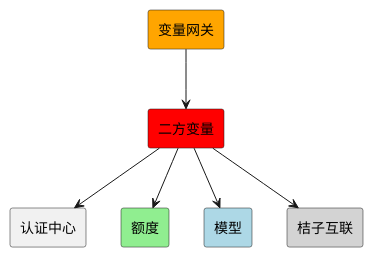
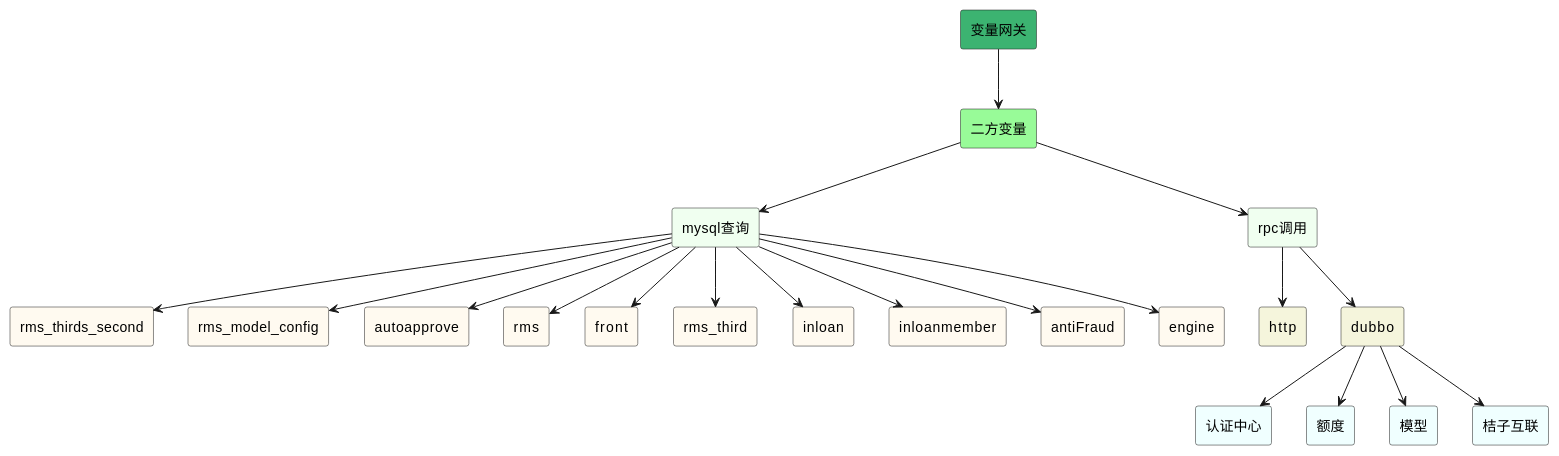
Before and after one commit to beareserve/plantuml: the diagram in file/二方服务调用.puml, drawn with PlantUML. The commit also changed 1 other file, not shown here.

```diff
--- a/file/二方服务调用.puml
+++ b/file/二方服务调用.puml
@@ -1,15 +1,50 @@
 @startuml
 '!define Junction_Or circle #black
 '!define Junction_And circle #whitesmoke
-rectangle 变量网关 #orange
-rectangle 认证中心
-rectangle 额度 #lightgreen
-rectangle 模型 #lightblue
-rectangle 桔子互联 #lightgray
-rectangle 二方变量 #red
-二方变量 -down-> 额度
-二方变量 -down->  认证中心
+rectangle 变量网关 #MediumSeaGreen
+
+rectangle 二方变量 #PaleGreen
+
+rectangle mysql查询 #HoneyDew
+rectangle rms_thirds_second #FloralWhite
+rectangle rms_model_config  #FloralWhite
+rectangle autoapprove       #FloralWhite
+rectangle rms               #FloralWhite
+rectangle front             #FloralWhite
+rectangle rms_third         #FloralWhite
+rectangle inloan            #FloralWhite
+rectangle inloanmember      #FloralWhite
+rectangle antiFraud         #FloralWhite
+rectangle engine            #FloralWhite
+
+rectangle rpc调用 #HoneyDew
+
+rectangle http #Beige
+
+rectangle dubbo #Beige
+rectangle 认证中心 #Azure
+rectangle 额度 #Azure
+rectangle 模型 #Azure
+rectangle 桔子互联 #Azure
+
+
 变量网关 -down-> 二方变量
-二方变量 -down-> 模型
-二方变量 -down-> 桔子互联
+二方变量 -down-> mysql查询
+mysql查询 -down-> rms_thirds_second
+mysql查询 -down-> rms_model_config
+mysql查询 -down-> autoapprove
+mysql查询 -down-> rms
+mysql查询 -down-> front
+mysql查询 -down-> rms_third
+mysql查询 -down-> inloan
+mysql查询 -down-> inloanmember
+mysql查询 -down-> antiFraud
+mysql查询 -down-> engine
+二方变量 -down->  rpc调用
+rpc调用 -down->  http
+rpc调用 -down->  dubbo
+dubbo -down-> 模型
+dubbo -down-> 认证中心
+dubbo -down-> 额度
+dubbo -down-> 桔子互联
 @enduml
```
